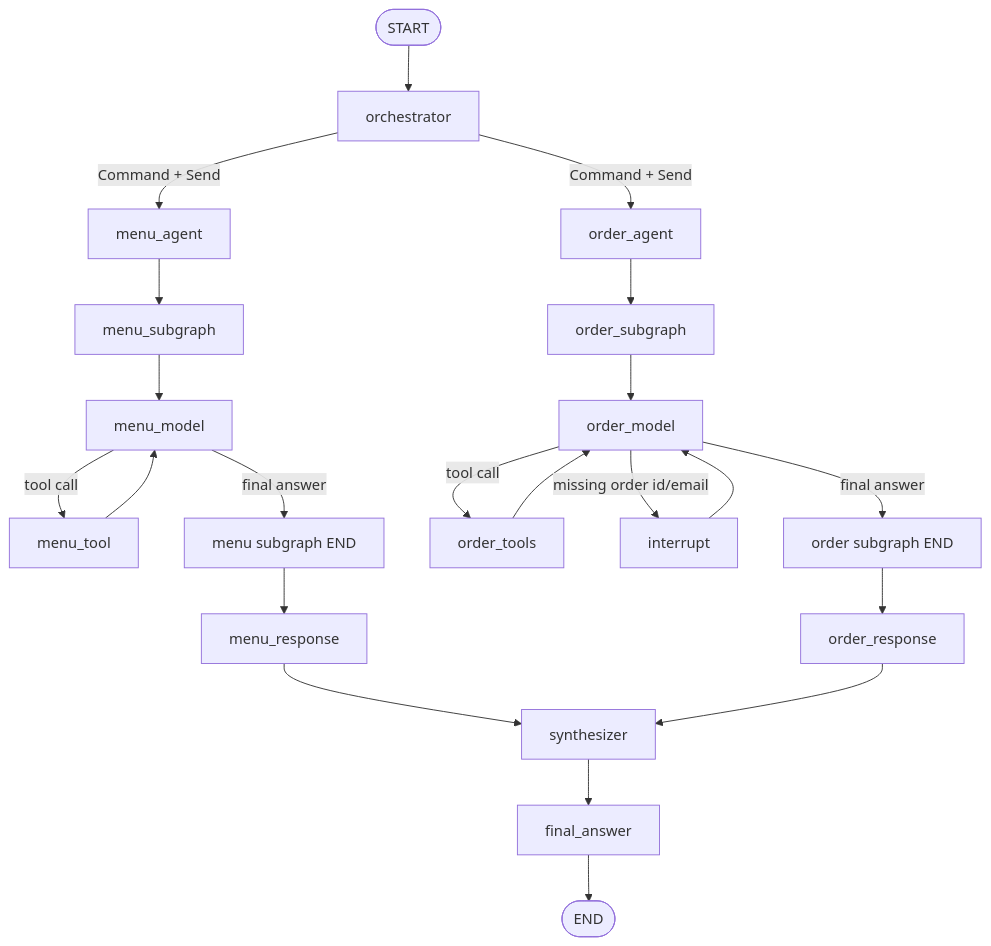
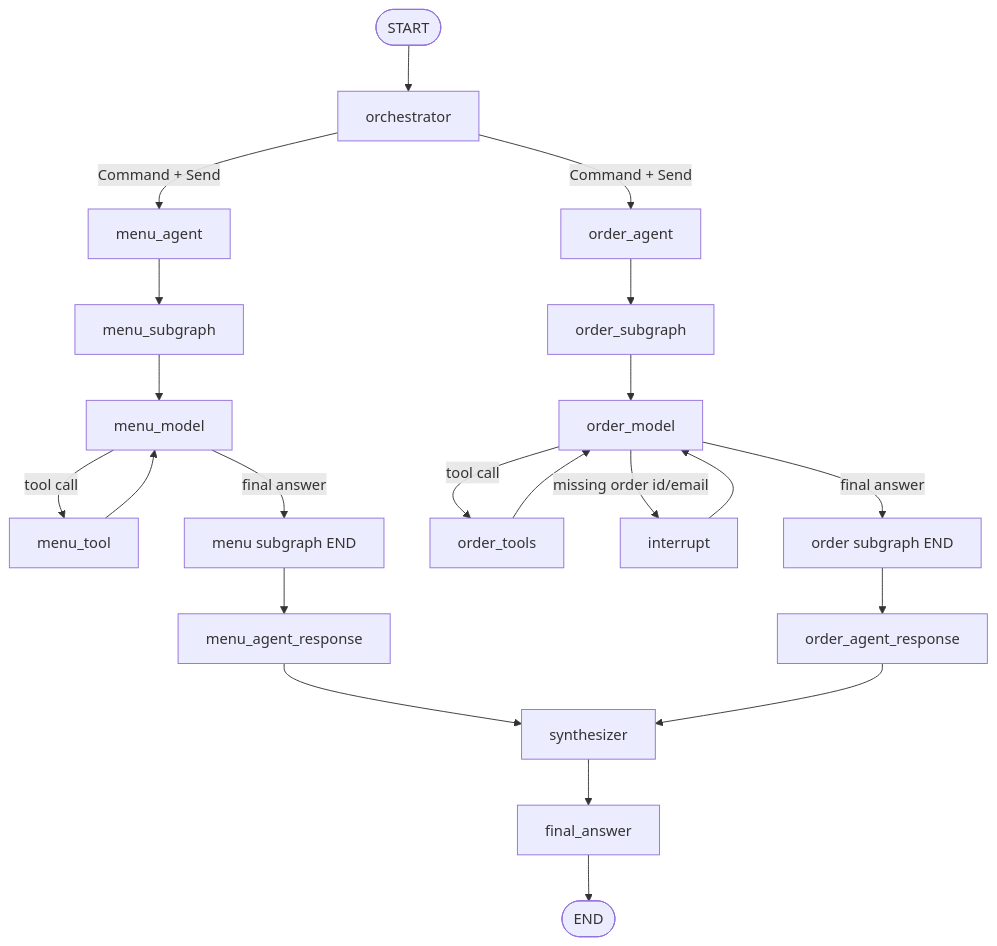
The first of 2 diagrams in README.md (imnikhilupadhyay/SnackStack_multiModel), drawn with Mermaid before and after one commit.

Commit message:
updated merimaid

````diff
--- a/README.md
+++ b/README.md
@@ -89,29 +89,29 @@
 ```mermaid
 flowchart TD
     START([START]) --> ORCH[orchestrator]
 
     ORCH -->|Command + Send| MENU[menu_agent]
     ORCH -->|Command + Send| ORDER[order_agent]
 
     MENU --> MENU_SUB[menu_subgraph]
     MENU_SUB --> MENU_MODEL[menu_model]
     MENU_MODEL -->|tool call| MENU_TOOL[menu_tool]
     MENU_TOOL --> MENU_MODEL
     MENU_MODEL -->|final answer| MENU_END[menu subgraph END]
-    MENU_END --> MENU_RETURN[menu_response]
+    MENU_END --> MENU_RETURN[menu_agent_response]
 
     ORDER --> ORDER_SUB[order_subgraph]
     ORDER_SUB --> ORDER_MODEL[order_model]
     ORDER_MODEL -->|tool call| ORDER_TOOL[order_tools]
     ORDER_TOOL --> ORDER_MODEL
     ORDER_MODEL -->|missing order id/email| HITL[interrupt]
     HITL --> ORDER_MODEL
     ORDER_MODEL -->|final answer| ORDER_END[order subgraph END]
-    ORDER_END --> ORDER_RETURN[order_response]
+    ORDER_END --> ORDER_RETURN[order_agent_response]
 
     MENU_RETURN --> SYNTH[synthesizer]
     ORDER_RETURN --> SYNTH
 
     SYNTH --> FINAL[final_answer]
     FINAL --> END([END])
 ```
````
